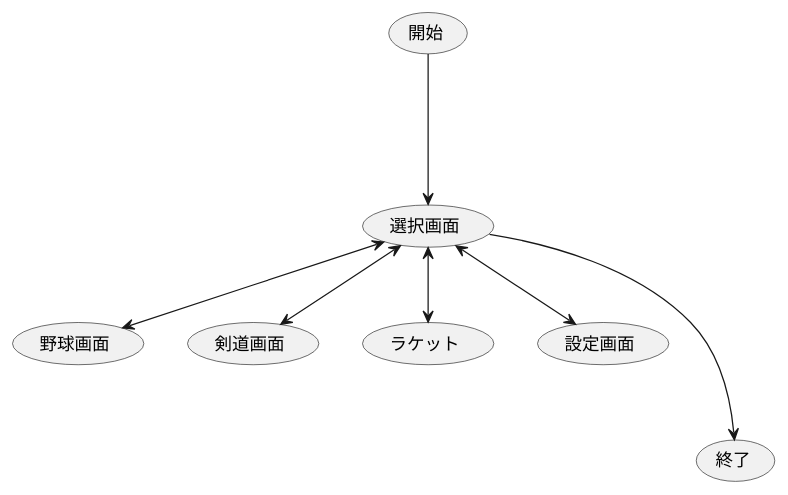
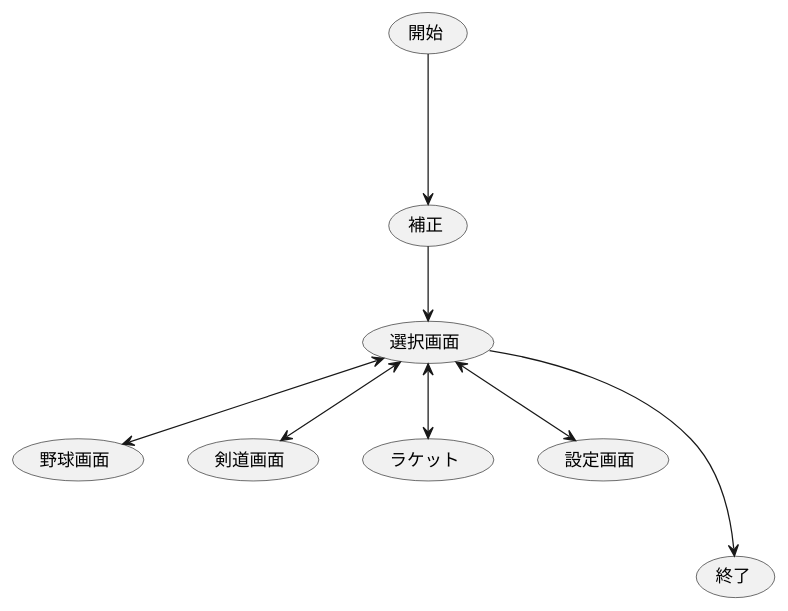
Before and after one commit to TNCT-Nakano/Design: the diagram in uml/view.pu, drawn with PlantUML. The commit also changed 1 other file, not shown here.

```diff
--- a/uml/view.pu
+++ b/uml/view.pu
@@ -1,25 +1,27 @@
 @startuml
 
 
 
 
 
 (開始) as begin
+(補正) as cabiration
+
 (選択画面) as selector
 (野球画面) as baseball
 (剣道画面) as kendo
 (ラケット) as racket
 (設定画面) as configuration
 (終了) as finish
 
-begin --->selector
-
+begin --->cabiration
+cabiration --> selector
 selector <--> baseball
 selector <--> kendo
 selector <--> racket
 selector <--> configuration
 
 selector --->finish
 
 
 @enduml
```
